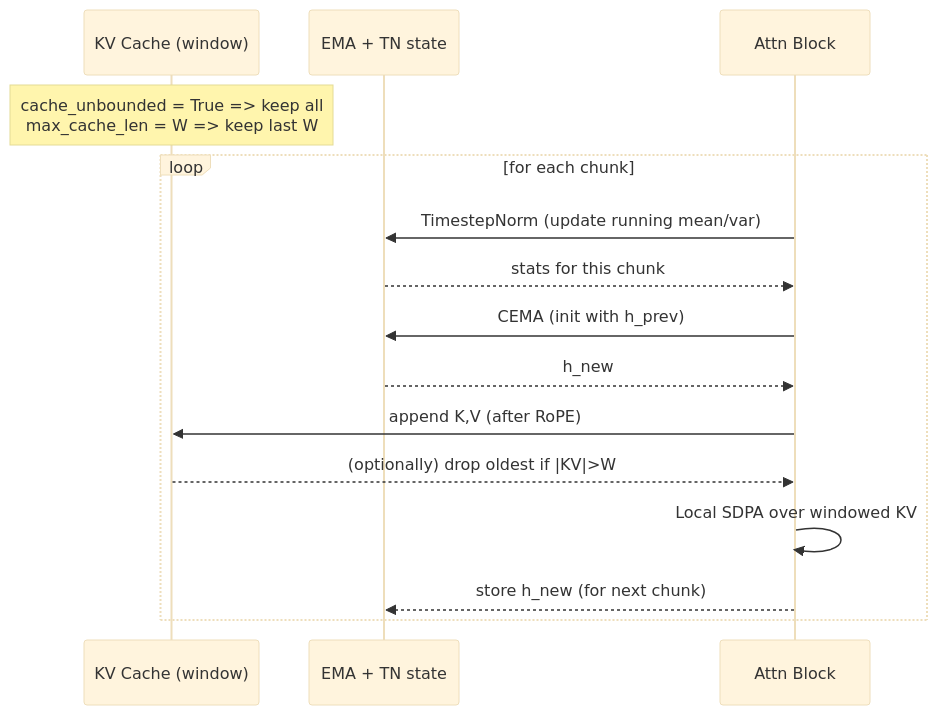
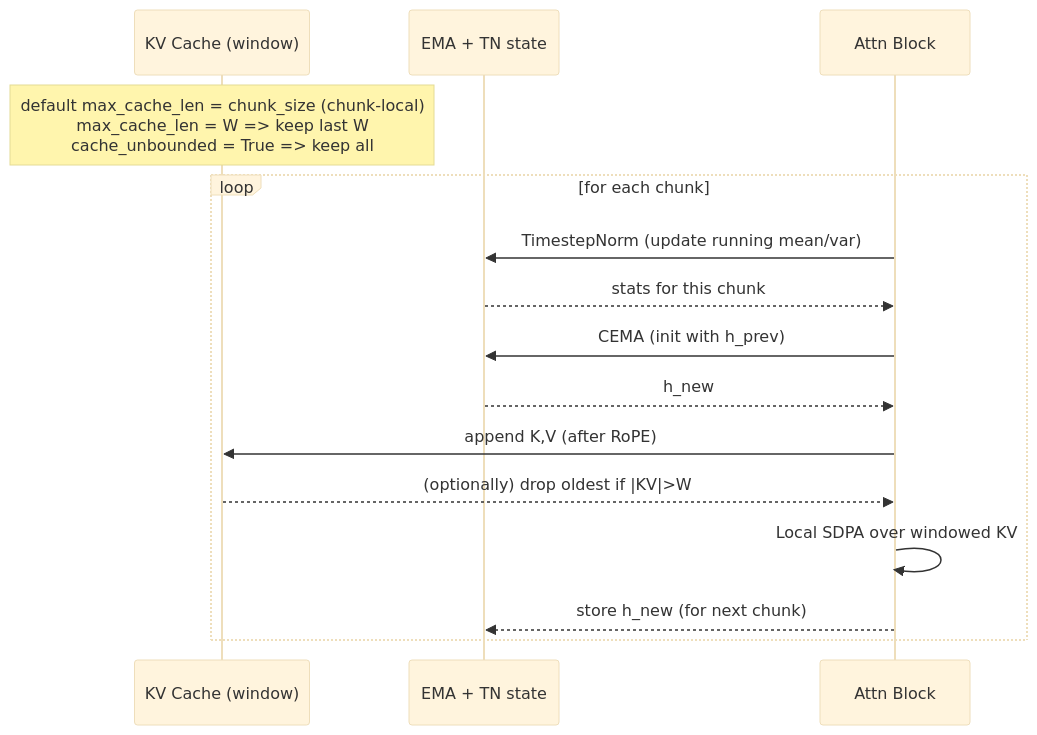
One commit to pszemraj/megalodon-hf changed the second of 3 diagrams in docs/long_context_streaming.md. Above: the diagram before and after it, drawn with Mermaid (base theme). The commit also changed other lines of this file and 7 other files, not shown here.

First line of the commit message:
fix: CEMA FFT NaN stability and chunk-local cache defaults

````diff
--- a/docs/long_context_streaming.md
+++ b/docs/long_context_streaming.md
@@ -55,18 +55,18 @@
 ```mermaid
 sequenceDiagram
     participant Cache as KV Cache (window)
     participant State as EMA + TN state
     participant Block as Attn Block
-    Note over Cache: cache_unbounded = True => keep all<br/>max_cache_len = W => keep last W
+    Note over Cache: default max_cache_len = chunk_size (chunk-local)<br/>max_cache_len = W => keep last W<br/>cache_unbounded = True => keep all
 
     Loop for each chunk
         Block->>State: TimestepNorm (update running mean/var)
         State-->>Block: stats for this chunk
         Block->>State: CEMA (init with h_prev)
         State-->>Block: h_new
         Block->>Cache: append K,V (after RoPE)
         Cache-->>Block: (optionally) drop oldest if |KV|>W
         Block->>Block: Local SDPA over windowed KV
         Block-->>State: store h_new (for next chunk)
     end
 ```
````
